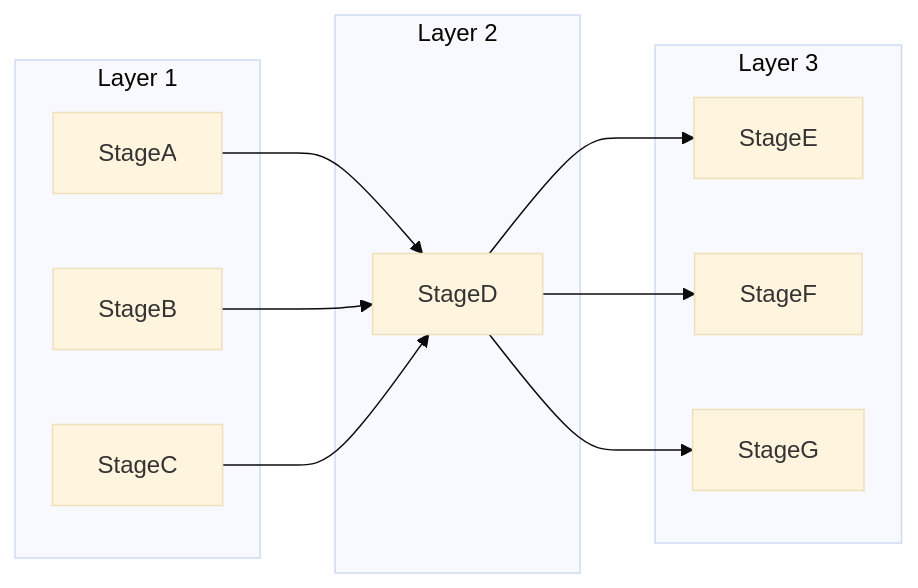
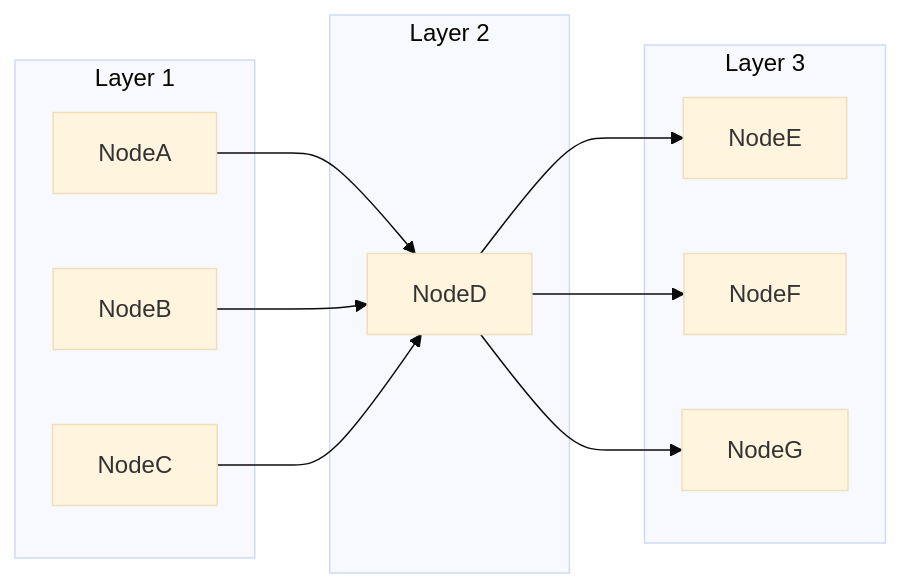
Before and after one commit to Mr-xiaotian/CelestialFlow: the second of 10 diagrams in docs/en/demo/demo_structure.md, drawn with Mermaid (base theme). The commit also changed other lines of this file and 211 other files, not shown here.

````diff
--- a/docs/en/demo/demo_structure.md
+++ b/docs/en/demo/demo_structure.md
@@ -37,23 +38,23 @@
 ```mermaid
 flowchart LR
     subgraph Layer1["Layer 1"]
-        A["StageA"]
-        B["StageB"]
-        C["StageC"]
+        A["NodeA"]
+        B["NodeB"]
+        C["NodeC"]
     end
     subgraph Layer2["Layer 2"]
-        D["StageD"]
+        D["NodeD"]
     end
     subgraph Layer3["Layer 3"]
-        E["StageE"]
-        F["StageF"]
-        G["StageG"]
+        E["NodeE"]
+        F["NodeF"]
+        G["NodeG"]
     end
 
     A --> D
     B --> D
     C --> D
     D --> E
     D --> F
     D --> G
 ```
````
